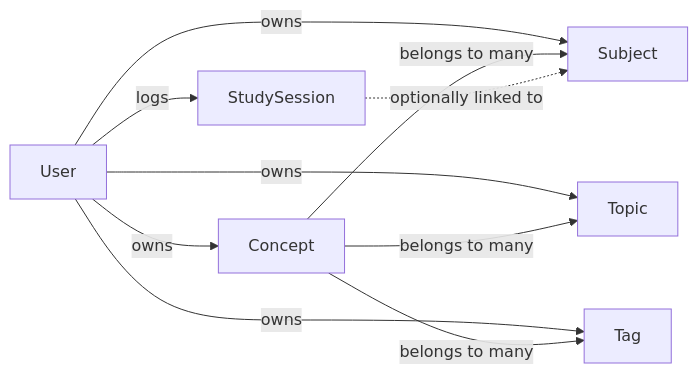
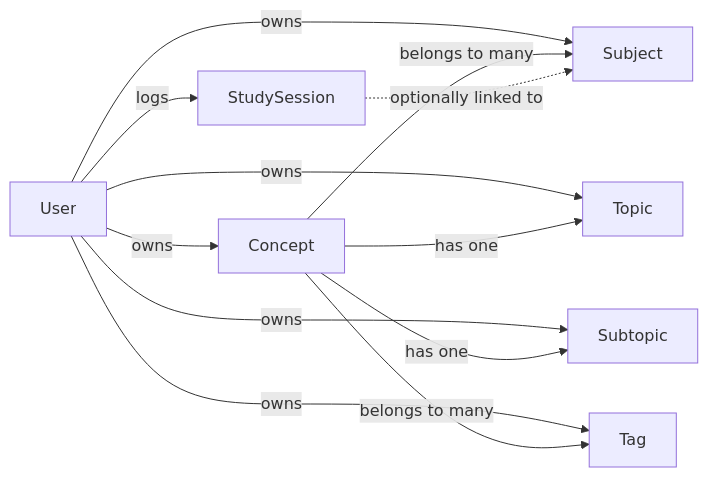
Before and after one commit to edgarfrancisco2022/tortugaiq: the first of 2 diagrams in architecture/01-system-overview.md, drawn with Mermaid. The commit also changed other lines of this file and 27 other files, not shown here.

Commit message:
topic/subtopic migration

````diff
--- a/architecture/01-system-overview.md
+++ b/architecture/01-system-overview.md
@@ -21,12 +21,14 @@
 ```mermaid
 graph LR
     User -->|owns| Subject
     User -->|owns| Topic
+    User -->|owns| Subtopic
     User -->|owns| Tag
     User -->|owns| Concept
     Concept -->|belongs to many| Subject
-    Concept -->|belongs to many| Topic
+    Concept -->|has one| Topic
+    Concept -->|has one| Subtopic
     Concept -->|belongs to many| Tag
     User -->|logs| StudySession
     StudySession -.->|optionally linked to| Subject
 ```
````
